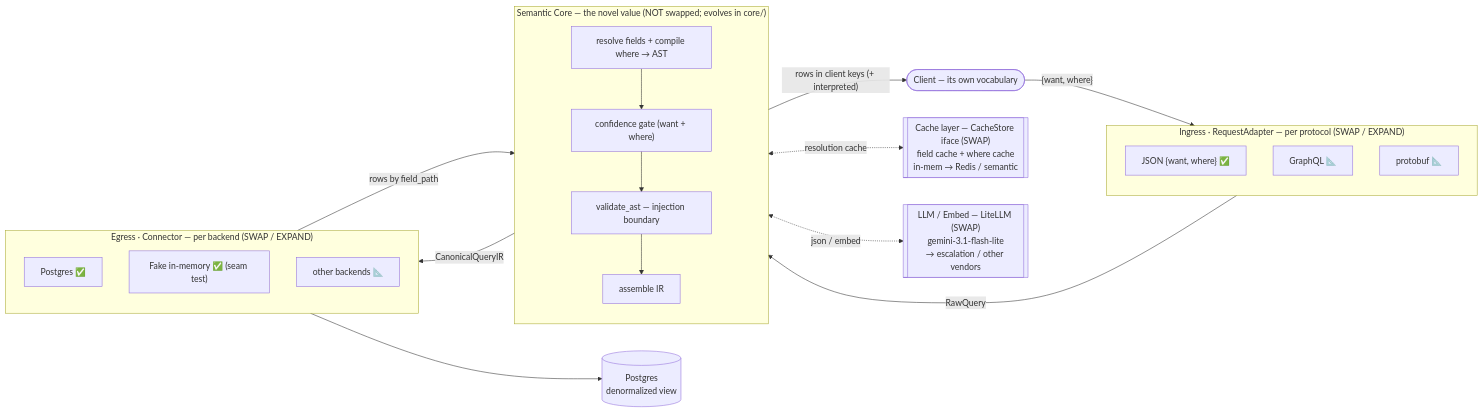
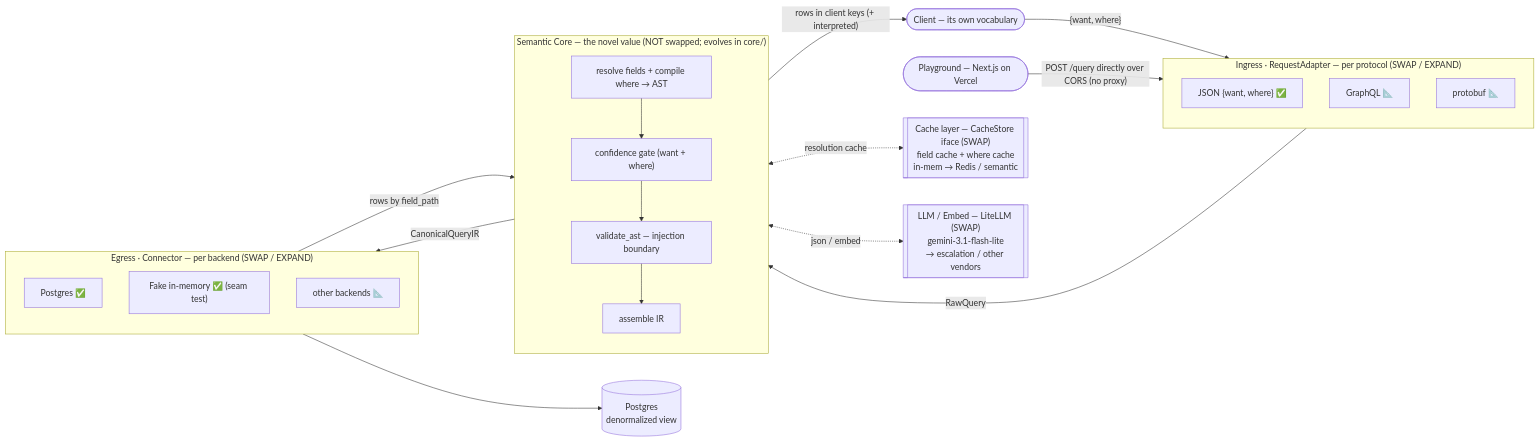
Before and after one commit to SansWord/sans_schema: the diagram in docs/system-design.md, drawn with Mermaid. The commit also changed other lines of this file and 3 other files, not shown here.

````diff
--- a/docs/system-design.md
+++ b/docs/system-design.md
@@ -23,39 +23,41 @@
 ```mermaid
 flowchart LR
     client([Client — its own vocabulary])
+    play([Playground — Next.js on Vercel])
 
     subgraph ingress["Ingress · RequestAdapter — per protocol (SWAP / EXPAND)"]
         json["JSON {want, where} ✅"]
         gql["GraphQL 📐"]
         pb["protobuf 📐"]
     end
 
     subgraph core["Semantic Core — the novel value (NOT swapped; evolves in core/)"]
         direction TB
         resolve["resolve fields + compile where → AST"]
         gate["confidence gate (want + where)"]
         validate["validate_ast — injection boundary"]
         assemble["assemble IR"]
         resolve --> gate --> validate --> assemble
     end
 
     subgraph egress["Egress · Connector — per backend (SWAP / EXPAND)"]
         pg["Postgres ✅"]
         fake["Fake in-memory ✅ (seam test)"]
         other["other backends 📐"]
     end
 
     cache[["Cache layer — CacheStore iface (SWAP)<br/>field cache + where cache<br/>in-mem → Redis / semantic"]]
     llm[["LLM / Embed — LiteLLM (SWAP)<br/>gemini-3.1-flash-lite<br/>→ escalation / other vendors"]]
     db[("Postgres<br/>denormalized view")]
 
     client -->|"{want, where}"| ingress
+    play -->|"POST /query directly over CORS (no proxy)"| ingress
     ingress -->|RawQuery| core
     core -->|CanonicalQueryIR| egress
     egress -->|rows by field_path| core
     core -->|"rows in client keys (+ interpreted)"| client
     egress --> db
 
     core <-.->|resolution cache| cache
     core <-.->|json / embed| llm
 ```
````
